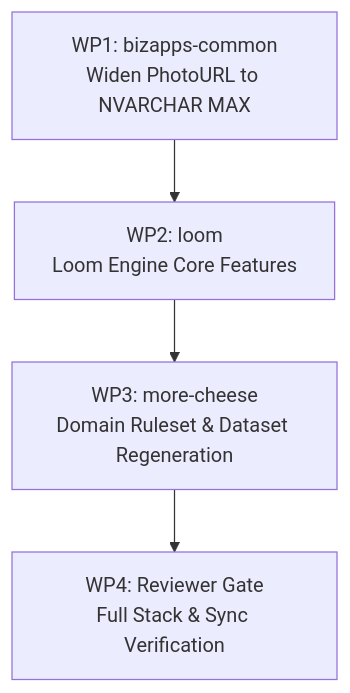
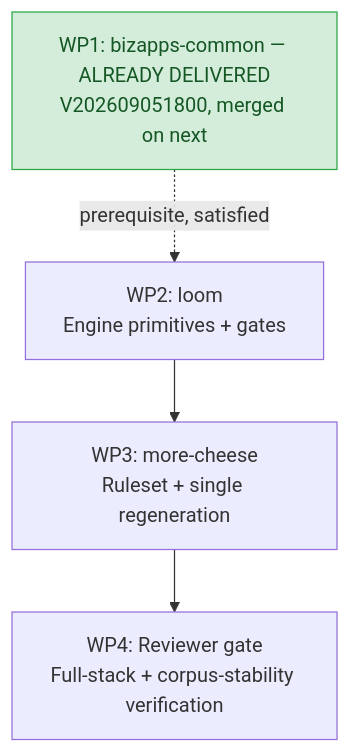
One commit to MemberJunction/loom changed the diagram in plans/07-correlated-generation-reversals-and-avatar-realism.md. Above: the diagram before and after it, drawn with Mermaid. The commit also changed other lines of this file, not shown here.

First line of the commit message:
docs(plans): reviewer revisions to Plan 07 — WP1 already delivered, stale schema premise, two vacuous gates, add corpus-stability gate

````diff
--- a/plans/07-correlated-generation-reversals-and-avatar-realism.md
+++ b/plans/07-correlated-generation-reversals-and-avatar-realism.md
@@ -269,6 +332,8 @@
 ```mermaid
 graph TD
-    WP1[WP1: bizapps-common<br/>Widen PhotoURL to NVARCHAR MAX] --> WP2[WP2: loom<br/>Loom Engine Core Features]
-    WP2 --> WP3[WP3: more-cheese<br/>Domain Ruleset & Dataset Regeneration]
-    WP3 --> WP4[WP4: Reviewer Gate<br/>Full Stack & Sync Verification]
+    WP1["WP1: bizapps-common — ALREADY DELIVERED<br/>V202609051800, merged on next"]:::done
+    WP2["WP2: loom<br/>Engine primitives + gates"] --> WP3["WP3: more-cheese<br/>Ruleset + single regeneration"]
+    WP3 --> WP4["WP4: Reviewer gate<br/>Full-stack + corpus-stability verification"]
+    WP1 -.->|prerequisite, satisfied| WP2
+    classDef done fill:#d4edda,stroke:#28a745,color:#155724
 ```
````
